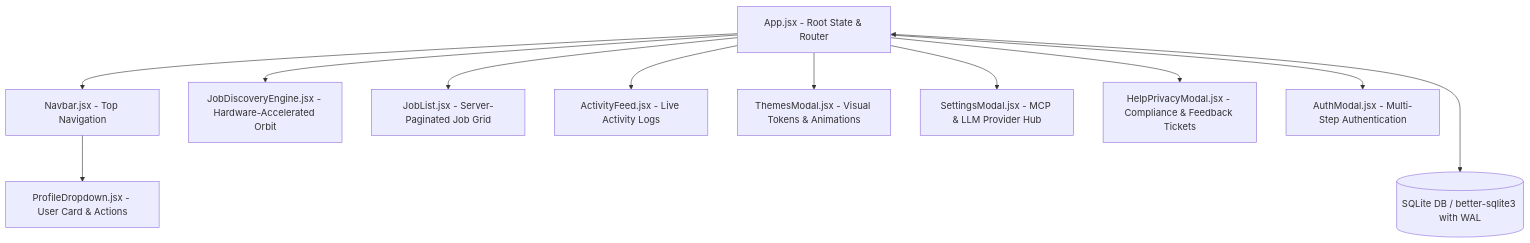
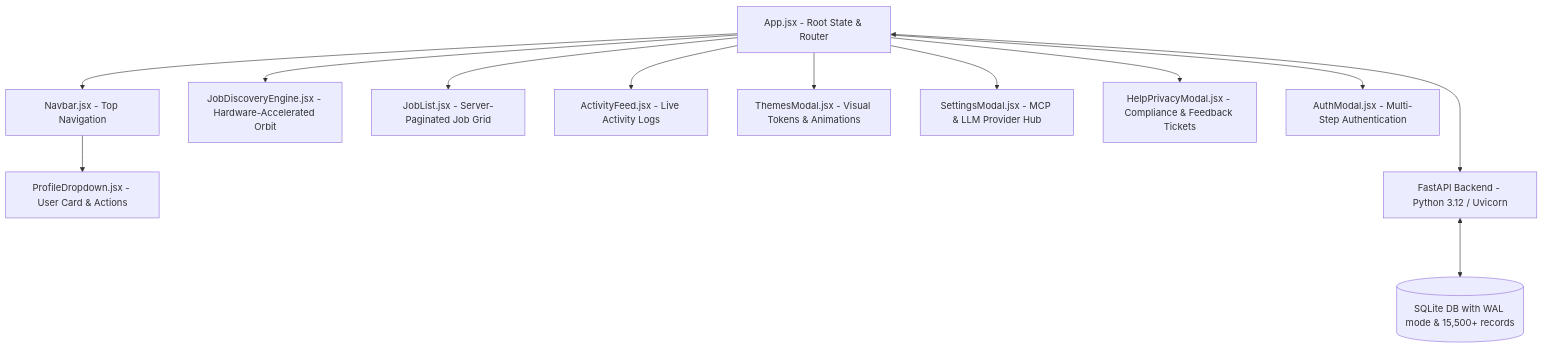
One commit to kushalkumar12/auto-apply-job-agent changed the diagram in ARCHITECTURE.md. Above: the diagram before and after it, drawn with Mermaid. The commit also changed other lines of this file and 111 other files, not shown here.

Commit message:
feat: complete Stage 1 implementation, full 15-file documentation suite, and organized stage roadmaps

````diff
--- a/ARCHITECTURE.md
+++ b/ARCHITECTURE.md
@@ -10,16 +10,17 @@
 ```mermaid
 graph TD
     App[App.jsx - Root State & Router] --> Navbar[Navbar.jsx - Top Navigation]
     Navbar --> ProfileDropdown[ProfileDropdown.jsx - User Card & Actions]
     
     App --> Radar[JobDiscoveryEngine.jsx - Hardware-Accelerated Orbit]
     App --> JobList[JobList.jsx - Server-Paginated Job Grid]
     App --> Feed[ActivityFeed.jsx - Live Activity Logs]
     
     App --> ThemesModal[ThemesModal.jsx - Visual Tokens & Animations]
     App --> SettingsModal[SettingsModal.jsx - MCP & LLM Provider Hub]
     App --> HelpModal[HelpPrivacyModal.jsx - Compliance & Feedback Tickets]
     App --> AuthModal[AuthModal.jsx - Multi-Step Authentication]
     
-    App <---> SQLite[(SQLite DB / better-sqlite3 with WAL)]
+    App <---> FastAPI[FastAPI Backend - Python 3.12 / Uvicorn]
+    FastAPI <---> SQLite[(SQLite DB with WAL mode & 15,500+ records)]
 ```
````
